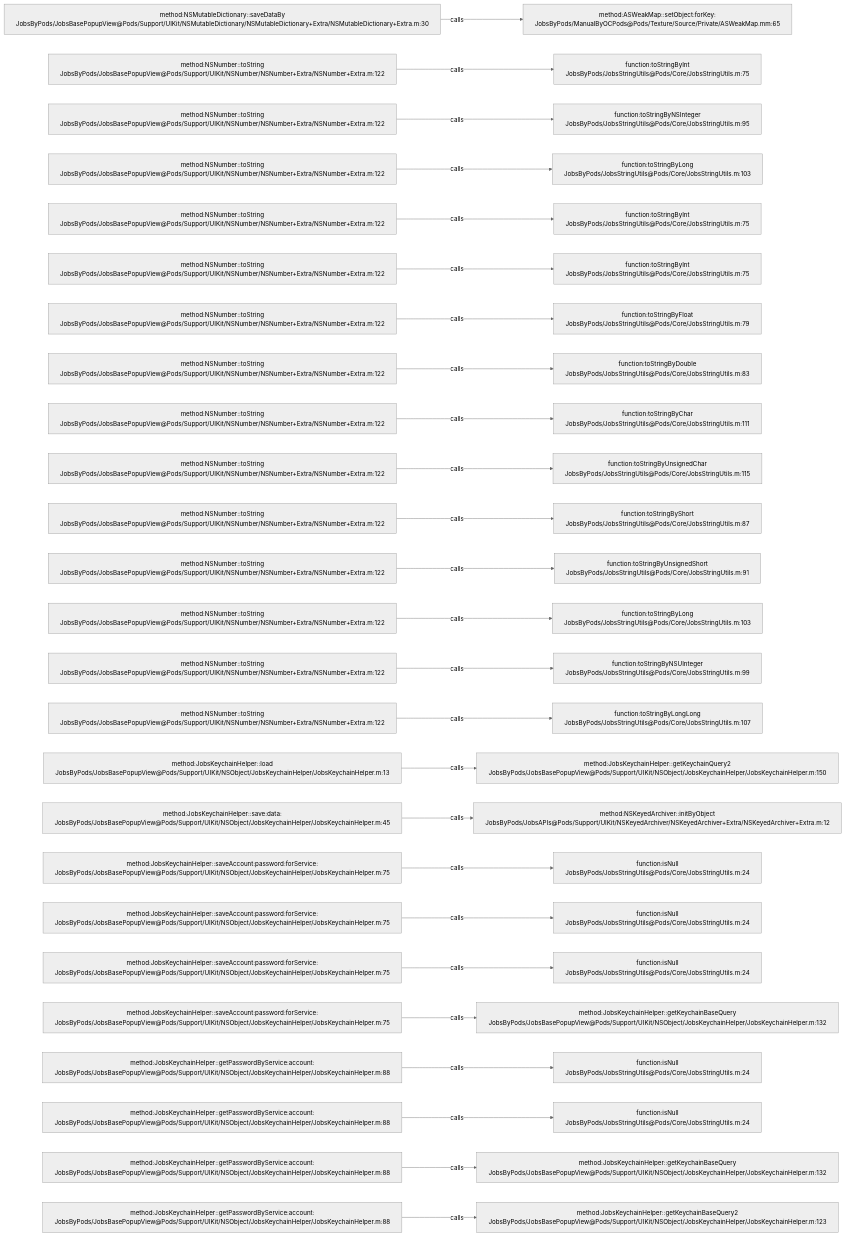
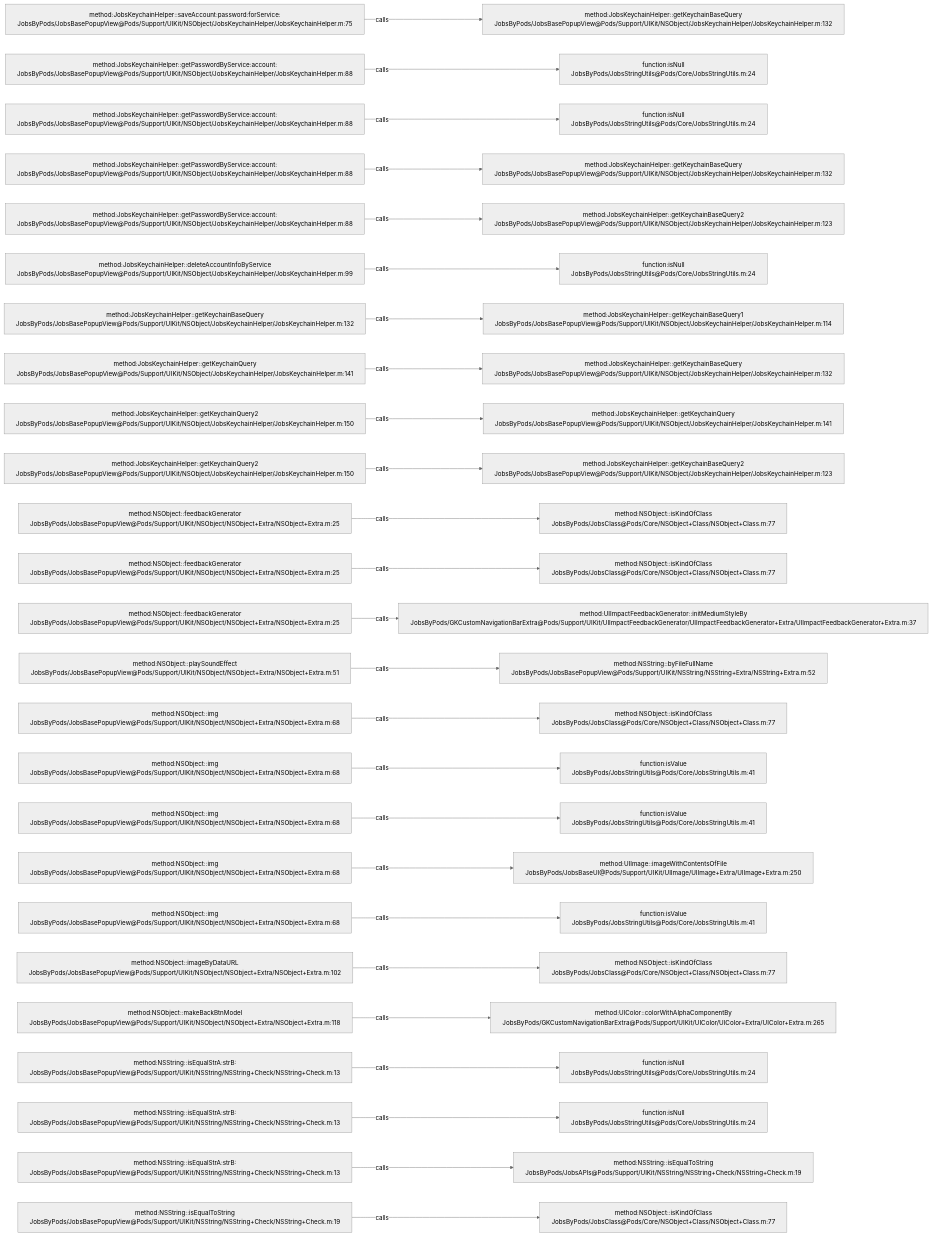
One commit to JobsKits/JobsOCBaseConfigDemo changed the diagram in .codegraph/codegraph.md/graphs/calls-018.md. Above: the diagram before and after it, drawn with Mermaid (neutral theme). The commit also changed 639 other files, not shown here.

````diff
--- a/.codegraph/codegraph.md/graphs/calls-018.md
+++ b/.codegraph/codegraph.md/graphs/calls-018.md
@@ -13,78 +13,78 @@
 ```mermaid
 flowchart LR
-  S1["method:NSMutableDictionary::saveDataBy<br/>JobsByPods/JobsBasePopupView@Pods/Support/UIKit/NSMutableDictionary/NSMutableDictionary+Extra/NSMutableDictionary+Extra.m:30"]
-  T1["method:ASWeakMap::setObject:forKey:<br/>JobsByPods/ManualByOCPods@Pods/Texture/Source/Private/ASWeakMap.mm:65"]
+  S1["method:JobsKeychainHelper::saveAccount:password:forService:<br/>JobsByPods/JobsBasePopupView@Pods/Support/UIKit/NSObject/JobsKeychainHelper/JobsKeychainHelper.m:75"]
+  T1["method:JobsKeychainHelper::getKeychainBaseQuery<br/>JobsByPods/JobsBasePopupView@Pods/Support/UIKit/NSObject/JobsKeychainHelper/JobsKeychainHelper.m:132"]
   S1 -->|calls| T1
-  S2["method:NSNumber::toString<br/>JobsByPods/JobsBasePopupView@Pods/Support/UIKit/NSNumber/NSNumber+Extra/NSNumber+Extra.m:122"]
-  T2["function:toStringByInt<br/>JobsByPods/JobsStringUtils@Pods/Core/JobsStringUtils.m:75"]
+  S2["method:JobsKeychainHelper::getPasswordByService:account:<br/>JobsByPods/JobsBasePopupView@Pods/Support/UIKit/NSObject/JobsKeychainHelper/JobsKeychainHelper.m:88"]
+  T2["function:isNull<br/>JobsByPods/JobsStringUtils@Pods/Core/JobsStringUtils.m:24"]
   S2 -->|calls| T2
-  S3["method:NSNumber::toString<br/>JobsByPods/JobsBasePopupView@Pods/Support/UIKit/NSNumber/NSNumber+Extra/NSNumber+Extra.m:122"]
-  T3["function:toStringByNSInteger<br/>JobsByPods/JobsStringUtils@Pods/Core/JobsStringUtils.m:95"]
+  S3["method:JobsKeychainHelper::getPasswordByService:account:<br/>JobsByPods/JobsBasePopupView@Pods/Support/UIKit/NSObject/JobsKeychainHelper/JobsKeychainHelper.m:88"]
+  T3["function:isNull<br/>JobsByPods/JobsStringUtils@Pods/Core/JobsStringUtils.m:24"]
   S3 -->|calls| T3
-  S4["method:NSNumber::toString<br/>JobsByPods/JobsBasePopupView@Pods/Support/UIKit/NSNumber/NSNumber+Extra/NSNumber+Extra.m:122"]
-  T4["function:toStringByLong<br/>JobsByPods/JobsStringUtils@Pods/Core/JobsStringUtils.m:103"]
+  S4["method:JobsKeychainHelper::getPasswordByService:account:<br/>JobsByPods/JobsBasePopupView@Pods/Support/UIKit/NSObject/JobsKeychainHelper/JobsKeychainHelper.m:88"]
+  T4["method:JobsKeychainHelper::getKeychainBaseQuery<br/>JobsByPods/JobsBasePopupView@Pods/Support/UIKit/NSObject/JobsKeychainHelper/JobsKeychainHelper.m:132"]
   S4 -->|calls| T4
-  S5["method:NSNumber::toString<br/>JobsByPods/JobsBasePopupView@Pods/Support/UIKit/NSNumber/NSNumber+Extra/NSNumber+Extra.m:122"]
-  T5["function:toStringByInt<br/>JobsByPods/JobsStringUtils@Pods/Core/JobsStringUtils.m:75"]
+  S5["method:JobsKeychainHelper::getPasswordByService:account:<br/>JobsByPods/JobsBasePopupView@Pods/Support/UIKit/NSObject/JobsKeychainHelper/JobsKeychainHelper.m:88"]
+  T5["method:JobsKeychainHelper::getKeychainBaseQuery2<br/>JobsByPods/JobsBasePopupView@Pods/Support/UIKit/NSObject/JobsKeychainHelper/JobsKeychainHelper.m:123"]
   S5 -->|calls| T5
-  S6["method:NSNumber::toString<br/>JobsByPods/JobsBasePopupView@Pods/Support/UIKit/NSNumber/NSNumber+Extra/NSNumber+Extra.m:122"]
-  T6["function:toStringByInt<br/>JobsByPods/JobsStringUtils@Pods/Core/JobsStringUtils.m:75"]
+  S6["method:JobsKeychainHelper::deleteAccountInfoByService<br/>JobsByPods/JobsBasePopupView@Pods/Support/UIKit/NSObject/JobsKeychainHelper/JobsKeychainHelper.m:99"]
+  T6["function:isNull<br/>JobsByPods/JobsStringUtils@Pods/Core/JobsStringUtils.m:24"]
   S6 -->|calls| T6
-  S7["method:NSNumber::toString<br/>JobsByPods/JobsBasePopupView@Pods/Support/UIKit/NSNumber/NSNumber+Extra/NSNumber+Extra.m:122"]
-  T7["function:toStringByFloat<br/>JobsByPods/JobsStringUtils@Pods/Core/JobsStringUtils.m:79"]
+  S7["method:JobsKeychainHelper::getKeychainBaseQuery<br/>JobsByPods/JobsBasePopupView@Pods/Support/UIKit/NSObject/JobsKeychainHelper/JobsKeychainHelper.m:132"]
+  T7["method:JobsKeychainHelper::getKeychainBaseQuery1<br/>JobsByPods/JobsBasePopupView@Pods/Support/UIKit/NSObject/JobsKeychainHelper/JobsKeychainHelper.m:114"]
   S7 -->|calls| T7
-  S8["method:NSNumber::toString<br/>JobsByPods/JobsBasePopupView@Pods/Support/UIKit/NSNumber/NSNumber+Extra/NSNumber+Extra.m:122"]
-  T8["function:toStringByDouble<br/>JobsByPods/JobsStringUtils@Pods/Core/JobsStringUtils.m:83"]
+  S8["method:JobsKeychainHelper::getKeychainQuery<br/>JobsByPods/JobsBasePopupView@Pods/Support/UIKit/NSObject/JobsKeychainHelper/JobsKeychainHelper.m:141"]
+  T8["method:JobsKeychainHelper::getKeychainBaseQuery<br/>JobsByPods/JobsBasePopupView@Pods/Support/UIKit/NSObject/JobsKeychainHelper/JobsKeychainHelper.m:132"]
   S8 -->|calls| T8
-  S9["method:NSNumber::toString<br/>JobsByPods/JobsBasePopupView@Pods/Support/UIKit/NSNumber/NSNumber+Extra/NSNumber+Extra.m:122"]
-  T9["function:toStringByChar<br/>JobsByPods/JobsStringUtils@Pods/Core/JobsStringUtils.m:111"]
+  S9["method:JobsKeychainHelper::getKeychainQuery2<br/>JobsByPods/JobsBasePopupView@Pods/Support/UIKit/NSObject/JobsKeychainHelper/JobsKeychainHelper.m:150"]
+  T9["method:JobsKeychainHelper::getKeychainQuery<br/>JobsByPods/JobsBasePopupView@Pods/Support/UIKit/NSObject/JobsKeychainHelper/JobsKeychainHelper.m:141"]
   S9 -->|calls| T9
-  S10["method:NSNumber::toString<br/>JobsByPods/JobsBasePopupView@Pods/Support/UIKit/NSNumber/NSNumber+Extra/NSNumber+Extra.m:122"]
-  T10["function:toStringByUnsignedChar<br/>JobsByPods/JobsStringUtils@Pods/Core/JobsStringUtils.m:115"]
+  S10["method:JobsKeychainHelper::getKeychainQuery2<br/>JobsByPods/JobsBasePopupView@Pods/Support/UIKit/NSObject/JobsKeychainHelper/JobsKeychainHelper.m:150"]
+  T10["method:JobsKeychainHelper::getKeychainBaseQuery2<br/>JobsByPods/JobsBasePopupView@Pods/Support/UIKit/NSObject/JobsKeychainHelper/JobsKeychainHelper.m:123"]
   S10 -->|calls| T10
-  S11["method:NSNumber::toString<br/>JobsByPods/JobsBasePopupView@Pods/Support/UIKit/NSNumber/NSNumber+Extra/NSNumber+Extra.m:122"]
-  T11["function:toStringByShort<br/>JobsByPods/JobsStringUtils@Pods/Core/JobsStringUtils.m:87"]
+  S11["method:NSObject::feedbackGenerator<br/>JobsByPods/JobsBasePopupView@Pods/Support/UIKit/NSObject/NSObject+Extra/NSObject+Extra.m:25"]
+  T11["method:NSObject::isKindOfClass<br/>JobsByPods/JobsClass@Pods/Core/NSObject+Class/NSObject+Class.m:77"]
   S11 -->|calls| T11
-  S12["method:NSNumber::toString<br/>JobsByPods/JobsBasePopupView@Pods/Support/UIKit/NSNumber/NSNumber+Extra/NSNumber+Extra.m:122"]
-  T12["function:toStringByUnsignedShort<br/>JobsByPods/JobsStringUtils@Pods/Core/JobsStringUtils.m:91"]
+  S12["method:NSObject::feedbackGenerator<br/>JobsByPods/JobsBasePopupView@Pods/Support/UIKit/NSObject/NSObject+Extra/NSObject+Extra.m:25"]
+  T12["method:NSObject::isKindOfClass<br/>JobsByPods/JobsClass@Pods/Core/NSObject+Class/NSObject+Class.m:77"]
   S12 -->|calls| T12
-  S13["method:NSNumber::toString<br/>JobsByPods/JobsBasePopupView@Pods/Support/UIKit/NSNumber/NSNumber+Extra/NSNumber+Extra.m:122"]
-  T13["function:toStringByLong<br/>JobsByPods/JobsStringUtils@Pods/Core/JobsStringUtils.m:103"]
+  S13["method:NSObject::feedbackGenerator<br/>JobsByPods/JobsBasePopupView@Pods/Support/UIKit/NSObject/NSObject+Extra/NSObject+Extra.m:25"]
+  T13["method:UIImpactFeedbackGenerator::initMediumStyleBy<br/>JobsByPods/GKCustomNavigationBarExtra@Pods/Support/UIKit/UIImpactFeedbackGenerator/UIImpactFeedbackGenerator+Extra/UIImpactFeedbackGenerator+Extra.m:37"]
   S13 -->|calls| T13
-  S14["method:NSNumber::toString<br/>JobsByPods/JobsBasePopupView@Pods/Support/UIKit/NSNumber/NSNumber+Extra/NSNumber+Extra.m:122"]
-  T14["function:toStringByNSUInteger<br/>JobsByPods/JobsStringUtils@Pods/Core/JobsStringUtils.m:99"]
+  S14["method:NSObject::playSoundEffect<br/>JobsByPods/JobsBasePopupView@Pods/Support/UIKit/NSObject/NSObject+Extra/NSObject+Extra.m:51"]
+  T14["method:NSString::byFileFullName<br/>JobsByPods/JobsBasePopupView@Pods/Support/UIKit/NSString/NSString+Extra/NSString+Extra.m:52"]
   S14 -->|calls| T14
-  S15["method:NSNumber::toString<br/>JobsByPods/JobsBasePopupView@Pods/Support/UIKit/NSNumber/NSNumber+Extra/NSNumber+Extra.m:122"]
-  T15["function:toStringByLongLong<br/>JobsByPods/JobsStringUtils@Pods/Core/JobsStringUtils.m:107"]
+  S15["method:NSObject::img<br/>JobsByPods/JobsBasePopupView@Pods/Support/UIKit/NSObject/NSObject+Extra/NSObject+Extra.m:68"]
+  T15["method:NSObject::isKindOfClass<br/>JobsByPods/JobsClass@Pods/Core/NSObject+Class/NSObject+Class.m:77"]
   S15 -->|calls| T15
-  S16["method:JobsKeychainHelper::load<br/>JobsByPods/JobsBasePopupView@Pods/Support/UIKit/NSObject/JobsKeychainHelper/JobsKeychainHelper.m:13"]
-  T16["method:JobsKeychainHelper::getKeychainQuery2<br/>JobsByPods/JobsBasePopupView@Pods/Support/UIKit/NSObject/JobsKeychainHelper/JobsKeychainHelper.m:150"]
+  S16["method:NSObject::img<br/>JobsByPods/JobsBasePopupView@Pods/Support/UIKit/NSObject/NSObject+Extra/NSObject+Extra.m:68"]
+  T16["function:isValue<br/>JobsByPods/JobsStringUtils@Pods/Core/JobsStringUtils.m:41"]
   S16 -->|calls| T16
-  S17["method:JobsKeychainHelper::save:data:<br/>JobsByPods/JobsBasePopupView@Pods/Support/UIKit/NSObject/JobsKeychainHelper/JobsKeychainHelper.m:45"]
-  T17["method:NSKeyedArchiver::initByObject<br/>JobsByPods/JobsAPIs@Pods/Support/UIKit/NSKeyedArchiver/NSKeyedArchiver+Extra/NSKeyedArchiver+Extra.m:12"]
+  S17["method:NSObject::img<br/>JobsByPods/JobsBasePopupView@Pods/Support/UIKit/NSObject/NSObject+Extra/NSObject+Extra.m:68"]
+  T17["function:isValue<br/>JobsByPods/JobsStringUtils@Pods/Core/JobsStringUtils.m:41"]
   S17 -->|calls| T17
-  S18["method:JobsKeychainHelper::saveAccount:password:forService:<br/>JobsByPods/JobsBasePopupView@Pods/Support/UIKit/NSObject/JobsKeychainHelper/JobsKeychainHelper.m:75"]
-  T18["function:isNull<br/>JobsByPods/JobsStringUtils@Pods/Core/JobsStringUtils.m:24"]
+  S18["method:NSObject::img<br/>JobsByPods/JobsBasePopupView@Pods/Support/UIKit/NSObject/NSObject+Extra/NSObject+Extra.m:68"]
+  T18["method:UIImage::imageWithContentsOfFile<br/>JobsByPods/JobsBaseUI@Pods/Support/UIKit/UIImage/UIImage+Extra/UIImage+Extra.m:250"]
   S18 -->|calls| T18
-  S19["method:JobsKeychainHelper::saveAccount:password:forService:<br/>JobsByPods/JobsBasePopupView@Pods/Support/UIKit/NSObject/JobsKeychainHelper/JobsKeychainHelper.m:75"]
-  T19["function:isNull<br/>JobsByPods/JobsStringUtils@Pods/Core/JobsStringUtils.m:24"]
+  S19["method:NSObject::img<br/>JobsByPods/JobsBasePopupView@Pods/Support/UIKit/NSObject/NSObject+Extra/NSObject+Extra.m:68"]
+  T19["function:isValue<br/>JobsByPods/JobsStringUtils@Pods/Core/JobsStringUtils.m:41"]
   S19 -->|calls| T19
-  S20["method:JobsKeychainHelper::saveAccount:password:forService:<br/>JobsByPods/JobsBasePopupView@Pods/Support/UIKit/NSObject/JobsKeychainHelper/JobsKeychainHelper.m:75"]
-  T20["function:isNull<br/>JobsByPods/JobsStringUtils@Pods/Core/JobsStringUtils.m:24"]
+  S20["method:NSObject::imageByDataURL<br/>JobsByPods/JobsBasePopupView@Pods/Support/UIKit/NSObject/NSObject+Extra/NSObject+Extra.m:102"]
+  T20["method:NSObject::isKindOfClass<br/>JobsByPods/JobsClass@Pods/Core/NSObject+Class/NSObject+Class.m:77"]
   S20 -->|calls| T20
-  S21["method:JobsKeychainHelper::saveAccount:password:forService:<br/>JobsByPods/JobsBasePopupView@Pods/Support/UIKit/NSObject/JobsKeychainHelper/JobsKeychainHelper.m:75"]
-  T21["method:JobsKeychainHelper::getKeychainBaseQuery<br/>JobsByPods/JobsBasePopupView@Pods/Support/UIKit/NSObject/JobsKeychainHelper/JobsKeychainHelper.m:132"]
+  S21["method:NSObject::makeBackBtnModel<br/>JobsByPods/JobsBasePopupView@Pods/Support/UIKit/NSObject/NSObject+Extra/NSObject+Extra.m:118"]
+  T21["method:UIColor::colorWithAlphaComponentBy<br/>JobsByPods/GKCustomNavigationBarExtra@Pods/Support/UIKit/UIColor/UIColor+Extra/UIColor+Extra.m:265"]
   S21 -->|calls| T21
-  S22["method:JobsKeychainHelper::getPasswordByService:account:<br/>JobsByPods/JobsBasePopupView@Pods/Support/UIKit/NSObject/JobsKeychainHelper/JobsKeychainHelper.m:88"]
+  S22["method:NSString::isEqualStrA:strB:<br/>JobsByPods/JobsBasePopupView@Pods/Support/UIKit/NSString/NSString+Check/NSString+Check.m:13"]
   T22["function:isNull<br/>JobsByPods/JobsStringUtils@Pods/Core/JobsStringUtils.m:24"]
   S22 -->|calls| T22
-  S23["method:JobsKeychainHelper::getPasswordByService:account:<br/>JobsByPods/JobsBasePopupView@Pods/Support/UIKit/NSObject/JobsKeychainHelper/JobsKeychainHelper.m:88"]
+  S23["method:NSString::isEqualStrA:strB:<br/>JobsByPods/JobsBasePopupView@Pods/Support/UIKit/NSString/NSString+Check/NSString+Check.m:13"]
   T23["function:isNull<br/>JobsByPods/JobsStringUtils@Pods/Core/JobsStringUtils.m:24"]
   S23 -->|calls| T23
-  S24["method:JobsKeychainHelper::getPasswordByService:account:<br/>JobsByPods/JobsBasePopupView@Pods/Support/UIKit/NSObject/JobsKeychainHelper/JobsKeychainHelper.m:88"]
-  T24["method:JobsKeychainHelper::getKeychainBaseQuery<br/>JobsByPods/JobsBasePopupView@Pods/Support/UIKit/NSObject/JobsKeychainHelper/JobsKeychainHelper.m:132"]
+  S24["method:NSString::isEqualStrA:strB:<br/>JobsByPods/JobsBasePopupView@Pods/Support/UIKit/NSString/NSString+Check/NSString+Check.m:13"]
+  T24["method:NSString::isEqualToString<br/>JobsByPods/JobsAPIs@Pods/Support/UIKit/NSString/NSString+Check/NSString+Check.m:19"]
   S24 -->|calls| T24
-  S25["method:JobsKeychainHelper::getPasswordByService:account:<br/>JobsByPods/JobsBasePopupView@Pods/Support/UIKit/NSObject/JobsKeychainHelper/JobsKeychainHelper.m:88"]
-  T25["method:JobsKeychainHelper::getKeychainBaseQuery2<br/>JobsByPods/JobsBasePopupView@Pods/Support/UIKit/NSObject/JobsKeychainHelper/JobsKeychainHelper.m:123"]
+  S25["method:NSString::isEqualToString<br/>JobsByPods/JobsBasePopupView@Pods/Support/UIKit/NSString/NSString+Check/NSString+Check.m:19"]
+  T25["method:NSObject::isKindOfClass<br/>JobsByPods/JobsClass@Pods/Core/NSObject+Class/NSObject+Class.m:77"]
   S25 -->|calls| T25
 ```
````
